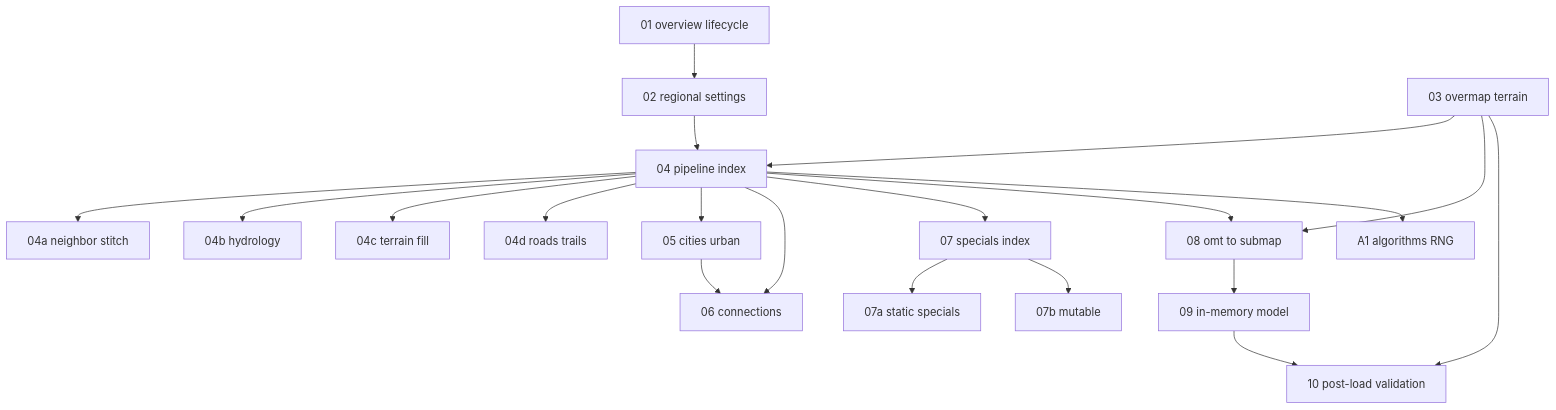
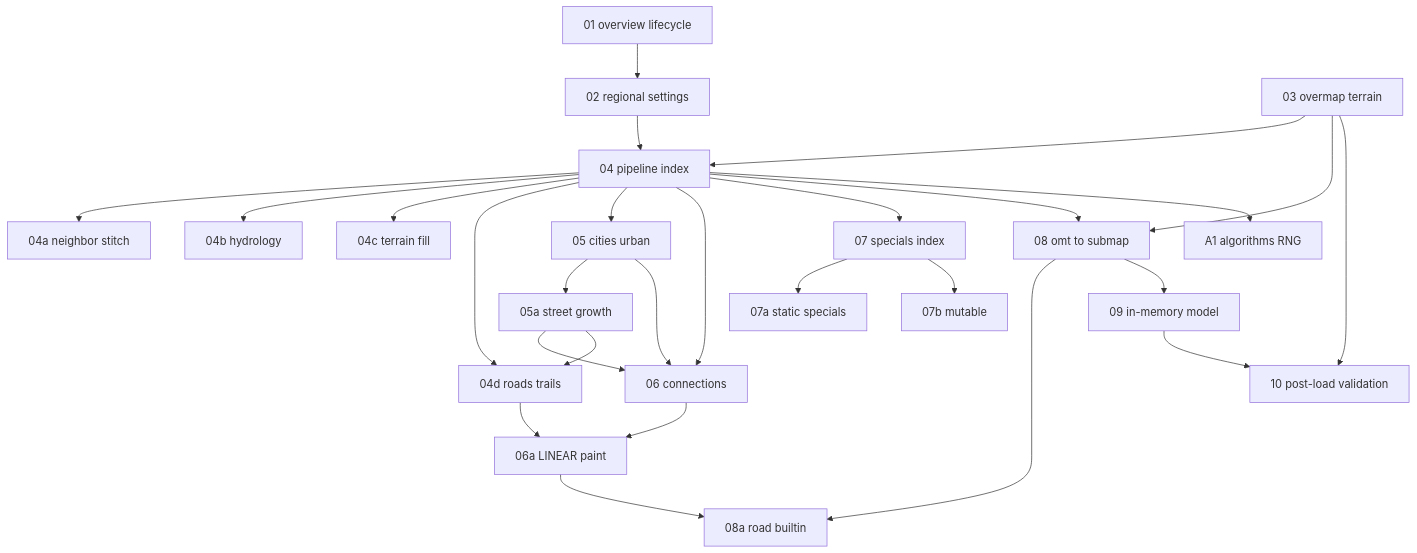
The diagram in docs/worldgen/reference/README.md (SOS-Games/Cataclysm-BN-nextgen), drawn with Mermaid before and after one commit. The commit also changed other lines of this file and 50 other files, not shown here.

````diff
--- a/docs/worldgen/reference/README.md
+++ b/docs/worldgen/reference/README.md
@@ -79,40 +79,50 @@
 ```mermaid
 flowchart TD
     U01[01 overview lifecycle]
     U02[02 regional settings]
     U03[03 overmap terrain]
     U04[04 pipeline index]
     U04a[04a neighbor stitch]
     U04b[04b hydrology]
     U04c[04c terrain fill]
     U04d[04d roads trails]
     U05[05 cities urban]
+    U05a[05a street growth]
     U06[06 connections]
+    U06a[06a LINEAR paint]
     U07[07 specials index]
     U07a[07a static specials]
     U07b[07b mutable]
     U08[08 omt to submap]
+    U08a[08a road builtin]
     U09[09 in-memory model]
     U10[10 post-load validation]
     A1[A1 algorithms RNG]
 
     U01 --> U02
     U02 --> U04
     U03 --> U04
     U04 --> U04a
     U04 --> U04b
     U04 --> U04c
     U04 --> U04d
     U04 --> U05
+    U05 --> U05a
+    U05a --> U06
+    U05a --> U04d
     U04 --> U06
     U04 --> U07
     U05 --> U06
+    U06 --> U06a
+    U04d --> U06a
     U07 --> U07a
     U07 --> U07b
     U03 --> U08
     U04 --> U08
+    U06a --> U08a
+    U08 --> U08a
     U08 --> U09
     U03 --> U10
     U09 --> U10
     U04 --> A1
 ```
````
